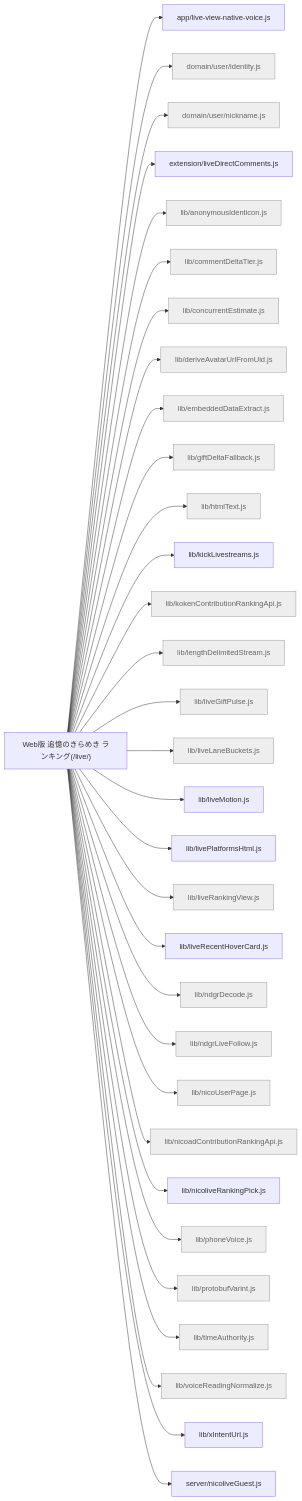
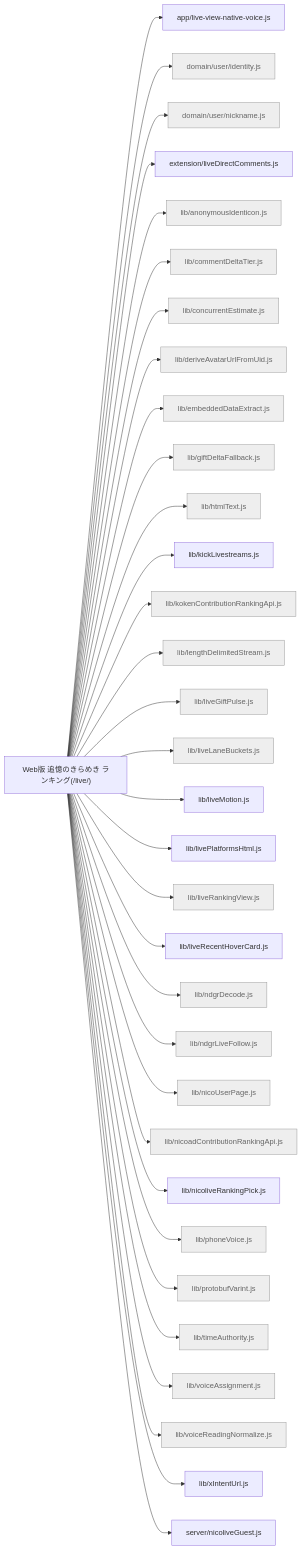
The diagram in docs/feature-map/live-ranking.md (kimito-link/tsuioku-no-kirameki.com), drawn with Mermaid before and after one commit. The commit also changed 19 other files, not shown here.

````diff
--- a/docs/feature-map/live-ranking.md
+++ b/docs/feature-map/live-ranking.md
@@ -13,36 +13,37 @@
 ```mermaid
 graph LR
   n_live_ranking["Web版 追憶のきらめき ランキング(/live/)"]
   n_live_ranking --> n_app_live_view_native_voice_js["app/live-view-native-voice.js"]
   n_live_ranking --> n_src_domain_user_identity_js["domain/user/identity.js"]:::shared
   n_live_ranking --> n_src_domain_user_nickname_js["domain/user/nickname.js"]:::shared
   n_live_ranking --> n_src_extension_liveDirectComments_js["extension/liveDirectComments.js"]
   n_live_ranking --> n_src_lib_anonymousIdenticon_js["lib/anonymousIdenticon.js"]:::shared
   n_live_ranking --> n_src_lib_commentDeltaTier_js["lib/commentDeltaTier.js"]:::shared
   n_live_ranking --> n_src_lib_concurrentEstimate_js["lib/concurrentEstimate.js"]:::shared
   n_live_ranking --> n_src_lib_deriveAvatarUrlFromUid_js["lib/deriveAvatarUrlFromUid.js"]:::shared
   n_live_ranking --> n_src_lib_embeddedDataExtract_js["lib/embeddedDataExtract.js"]:::shared
   n_live_ranking --> n_src_lib_giftDeltaFallback_js["lib/giftDeltaFallback.js"]:::shared
   n_live_ranking --> n_src_lib_htmlText_js["lib/htmlText.js"]:::shared
   n_live_ranking --> n_src_lib_kickLivestreams_js["lib/kickLivestreams.js"]
   n_live_ranking --> n_src_lib_kokenContributionRankingApi_js["lib/kokenContributionRankingApi.js"]:::shared
   n_live_ranking --> n_src_lib_lengthDelimitedStream_js["lib/lengthDelimitedStream.js"]:::shared
   n_live_ranking --> n_src_lib_liveGiftPulse_js["lib/liveGiftPulse.js"]:::shared
   n_live_ranking --> n_src_lib_liveLaneBuckets_js["lib/liveLaneBuckets.js"]:::shared
   n_live_ranking --> n_src_lib_liveMotion_js["lib/liveMotion.js"]
   n_live_ranking --> n_src_lib_livePlatformsHtml_js["lib/livePlatformsHtml.js"]
   n_live_ranking --> n_src_lib_liveRankingView_js["lib/liveRankingView.js"]:::shared
   n_live_ranking --> n_src_lib_liveRecentHoverCard_js["lib/liveRecentHoverCard.js"]
   n_live_ranking --> n_src_lib_ndgrDecode_js["lib/ndgrDecode.js"]:::shared
   n_live_ranking --> n_src_lib_ndgrLiveFollow_js["lib/ndgrLiveFollow.js"]:::shared
   n_live_ranking --> n_src_lib_nicoUserPage_js["lib/nicoUserPage.js"]:::shared
   n_live_ranking --> n_src_lib_nicoadContributionRankingApi_js["lib/nicoadContributionRankingApi.js"]:::shared
   n_live_ranking --> n_src_lib_nicoliveRankingPick_js["lib/nicoliveRankingPick.js"]
   n_live_ranking --> n_src_lib_phoneVoice_js["lib/phoneVoice.js"]:::shared
   n_live_ranking --> n_src_lib_protobufVarint_js["lib/protobufVarint.js"]:::shared
   n_live_ranking --> n_src_lib_timeAuthority_js["lib/timeAuthority.js"]:::shared
+  n_live_ranking --> n_src_lib_voiceAssignment_js["lib/voiceAssignment.js"]:::shared
   n_live_ranking --> n_src_lib_voiceReadingNormalize_js["lib/voiceReadingNormalize.js"]:::shared
   n_live_ranking --> n_src_lib_xIntentUrl_js["lib/xIntentUrl.js"]
   n_live_ranking --> n_src_server_nicoliveGuest_js["server/nicoliveGuest.js"]
   classDef shared fill:#eee,stroke:#999,color:#666;
 ```
````
